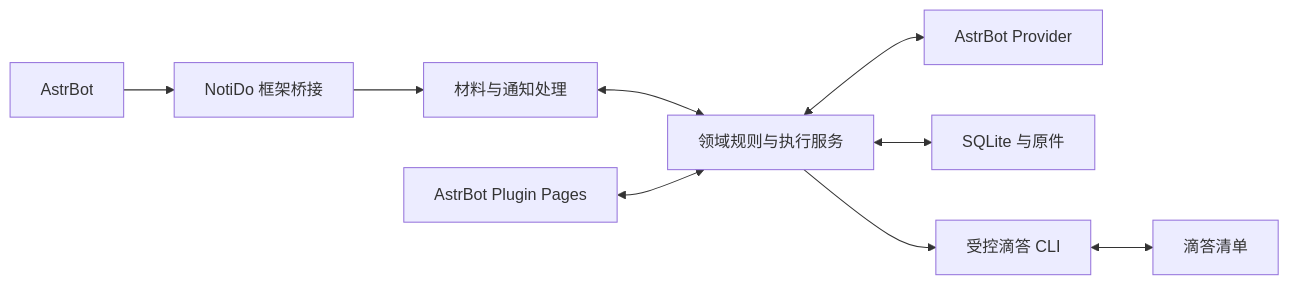
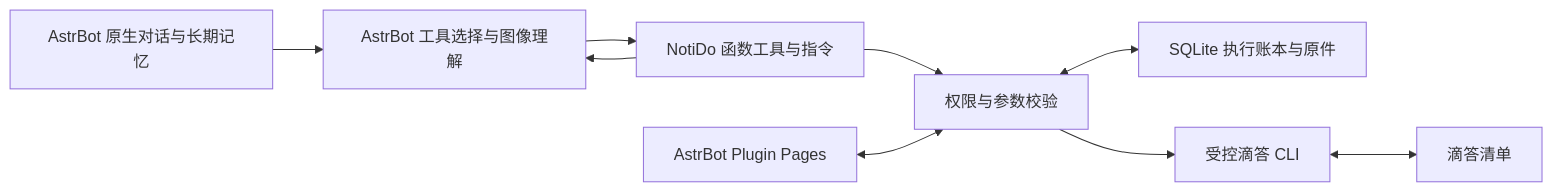
Before and after one commit to xvkong233/NotiDo: the diagram in docs/PRD.md, drawn with Mermaid. The commit also changed other lines of this file and 258 other files, not shown here.

Commit message:
feat: release NotiDo AstrBot plugin with automated GitHub publishing

````diff
--- a/docs/PRD.md
+++ b/docs/PRD.md
@@ -68,11 +68,11 @@
 ```mermaid
 flowchart LR
-    A[AstrBot] --> I[NotiDo 框架桥接]
-    I --> M[材料与通知处理]
-    M <--> P[领域规则与执行服务]
-    P <--> L[AstrBot Provider]
-    P <--> D[SQLite 与原件]
-    P --> C[受控滴答 CLI]
+    A[AstrBot 原生对话与长期记忆] --> B[AstrBot 工具选择与图像理解]
+    B --> I[NotiDo 函数工具与指令]
+    I --> V[权限与参数校验]
+    V <--> D[SQLite 执行账本与原件]
+    V --> C[受控滴答 CLI]
     C <--> T[滴答清单]
-    U[AstrBot Plugin Pages] <--> P
+    I --> B
+    U[AstrBot Plugin Pages] <--> V
 ```
````
